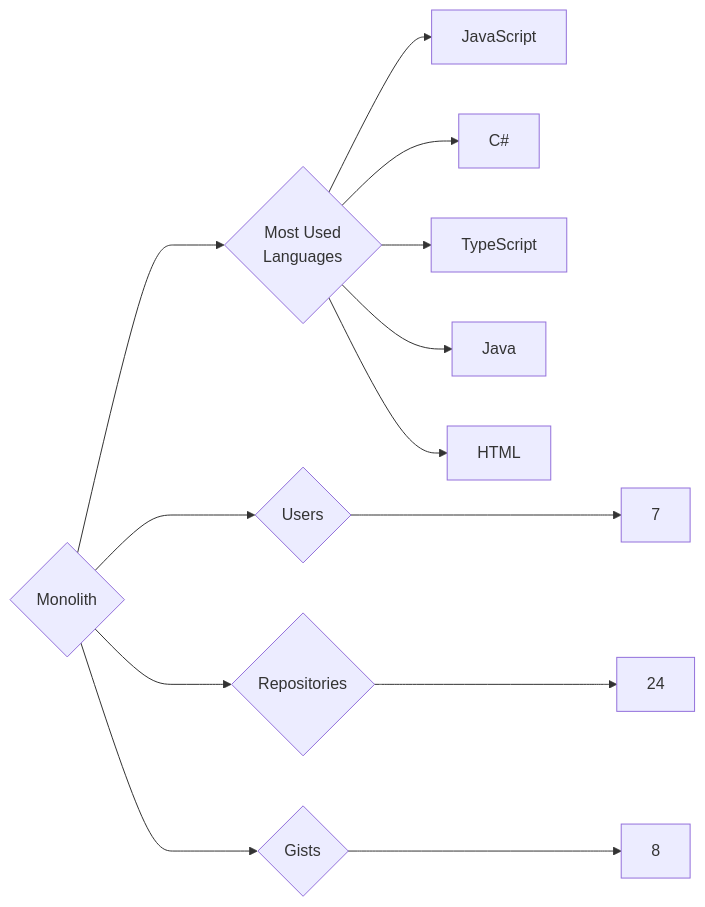
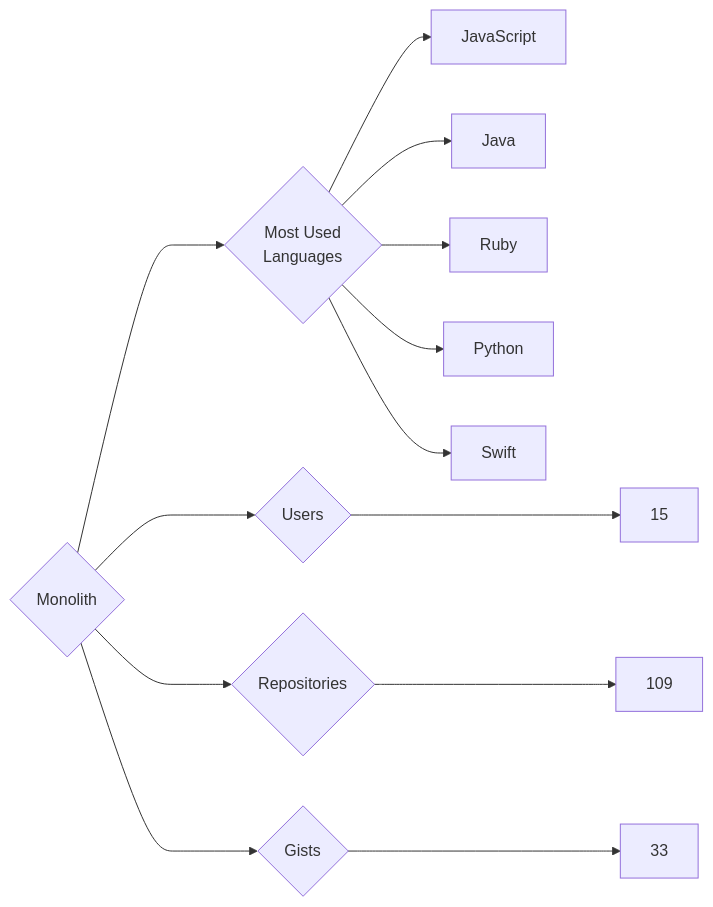
One commit to trickest/insiders changed the diagram in targets/Monolith/README.md. Above: the diagram before and after it, drawn with Mermaid. The commit also changed 953 other files, not shown here.

````diff
--- a/targets/Monolith/README.md
+++ b/targets/Monolith/README.md
@@ -3,13 +3,13 @@
 ```mermaid
 graph LR
 COMPANY_NAME{Monolith}
-COMPANY_NAME ---> U{Users} ---> UN[7]
-COMPANY_NAME ---> R{Repositories} ---> RN[24]
-COMPANY_NAME ---> G{Gists} ---> GN[8]
+COMPANY_NAME ---> U{Users} ---> UN[15]
+COMPANY_NAME ---> R{Repositories} ---> RN[109]
+COMPANY_NAME ---> G{Gists} ---> GN[33]
 COMPANY_NAME ---> ML{Most Used<br>Languages}
 ML --> JavaScript[JavaScript]
-ML --> C#[C#]
-ML --> TypeScript[TypeScript]
 ML --> Java[Java]
-ML --> HTML[HTML]
+ML --> Ruby[Ruby]
+ML --> Python[Python]
+ML --> Swift[Swift]
 ```
````
